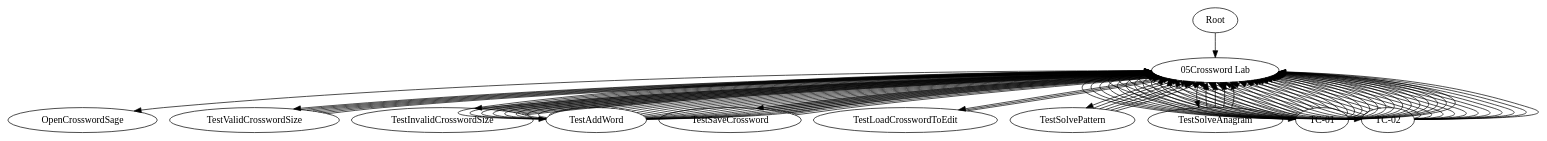
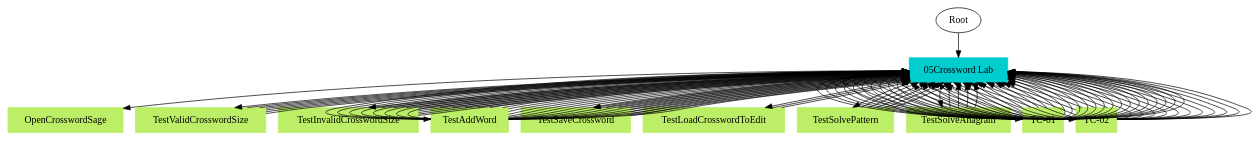
One commit to mypstom/robotide changed the diagram in TS2TC.gv. Above: the diagram before and after it, drawn with Graphviz. The commit also changed 17 other files, not shown here.

```diff
--- a/TS2TC.gv
+++ b/TS2TC.gv
@@ -1,153 +1,153 @@
 // TS <-> TC
 digraph {
 	Root
-	"05Crossword Lab"
+	"05Crossword Lab" [color=cyan3 shape=box style=filled]
 		Root -> "05Crossword Lab"
-	OpenCrosswordSage
+	OpenCrosswordSage [color=darkolivegreen2 shape=box style=filled]
 		"05Crossword Lab" -> OpenCrosswordSage
-	TestValidCrosswordSize
+	TestValidCrosswordSize [color=darkolivegreen2 shape=box style=filled]
 		"05Crossword Lab" -> TestValidCrosswordSize
 		TestValidCrosswordSize -> "05Crossword Lab"
 		TestValidCrosswordSize -> "05Crossword Lab"
 		TestValidCrosswordSize -> "05Crossword Lab"
 		TestValidCrosswordSize -> "05Crossword Lab"
 		TestValidCrosswordSize -> "05Crossword Lab"
 		TestValidCrosswordSize -> "05Crossword Lab"
-	TestInvalidCrosswordSize
+	TestInvalidCrosswordSize [color=darkolivegreen2 shape=box style=filled]
 		"05Crossword Lab" -> TestInvalidCrosswordSize
 		TestInvalidCrosswordSize -> "05Crossword Lab"
 		TestInvalidCrosswordSize -> "05Crossword Lab"
 		TestInvalidCrosswordSize -> "05Crossword Lab"
 		TestInvalidCrosswordSize -> "05Crossword Lab"
 		TestInvalidCrosswordSize -> "05Crossword Lab"
 		TestInvalidCrosswordSize -> "05Crossword Lab"
 		TestInvalidCrosswordSize -> "05Crossword Lab"
 		TestInvalidCrosswordSize -> "05Crossword Lab"
 		TestInvalidCrosswordSize -> "05Crossword Lab"
-	TestAddWord
+	TestAddWord [color=darkolivegreen2 shape=box style=filled]
 		"05Crossword Lab" -> TestAddWord
 		TestAddWord -> "05Crossword Lab"
 		TestAddWord -> "05Crossword Lab"
 		TestAddWord -> "05Crossword Lab"
 		TestAddWord -> "05Crossword Lab"
 		TestAddWord -> "05Crossword Lab"
 		TestAddWord -> "05Crossword Lab"
 		TestAddWord -> "05Crossword Lab"
 		TestAddWord -> "05Crossword Lab"
 		TestAddWord -> "05Crossword Lab"
 		TestAddWord -> "05Crossword Lab"
 		TestAddWord -> "05Crossword Lab"
 		TestAddWord -> "05Crossword Lab"
 		TestAddWord -> "05Crossword Lab"
 		TestAddWord -> "05Crossword Lab"
 		TestAddWord -> "05Crossword Lab"
 		TestAddWord -> "05Crossword Lab"
 		TestAddWord -> "05Crossword Lab"
 		TestAddWord -> "05Crossword Lab"
 		TestAddWord -> "05Crossword Lab"
 		TestAddWord -> "05Crossword Lab"
 		TestAddWord -> "05Crossword Lab"
 		TestAddWord -> "05Crossword Lab"
 		TestAddWord -> "05Crossword Lab"
 		TestAddWord -> "05Crossword Lab"
 		TestAddWord -> "05Crossword Lab"
 		TestAddWord -> "05Crossword Lab"
 		TestAddWord -> "05Crossword Lab"
 		TestAddWord -> "05Crossword Lab"
-	TestSaveCrossword
+	TestSaveCrossword [color=darkolivegreen2 shape=box style=filled]
 		"05Crossword Lab" -> TestSaveCrossword
 		TestSaveCrossword -> "05Crossword Lab"
 		TestSaveCrossword -> "05Crossword Lab"
 		TestSaveCrossword -> "05Crossword Lab"
 		TestSaveCrossword -> "05Crossword Lab"
 		TestSaveCrossword -> "05Crossword Lab"
 		TestSaveCrossword -> "05Crossword Lab"
 		TestSaveCrossword -> "05Crossword Lab"
-	TestLoadCrosswordToEdit
+	TestLoadCrosswordToEdit [color=darkolivegreen2 shape=box style=filled]
 		"05Crossword Lab" -> TestLoadCrosswordToEdit
 		TestLoadCrosswordToEdit -> "05Crossword Lab"
 		TestLoadCrosswordToEdit -> "05Crossword Lab"
-	TestSolvePattern
+	TestSolvePattern [color=darkolivegreen2 shape=box style=filled]
 		"05Crossword Lab" -> TestSolvePattern
 		TestSolvePattern -> "05Crossword Lab"
 		TestSolvePattern -> "05Crossword Lab"
 		TestSolvePattern -> "05Crossword Lab"
 		TestSolvePattern -> "05Crossword Lab"
 		TestSolvePattern -> "05Crossword Lab"
-	TestSolveAnagram
+	TestSolveAnagram [color=darkolivegreen2 shape=box style=filled]
 		"05Crossword Lab" -> TestSolveAnagram
 		TestSolveAnagram -> "05Crossword Lab"
 		TestSolveAnagram -> "05Crossword Lab"
 		TestSolveAnagram -> "05Crossword Lab"
 		TestSolveAnagram -> "05Crossword Lab"
-	"TC-01"
+	"TC-01" [color=darkolivegreen2 shape=box style=filled]
 		"05Crossword Lab" -> "TC-01"
 		"TC-01" -> "05Crossword Lab"
 		"TC-01" -> "05Crossword Lab"
 		"TC-01" -> "05Crossword Lab"
 		"TC-01" -> "05Crossword Lab"
 		"TC-01" -> "05Crossword Lab"
 		"TC-01" -> "05Crossword Lab"
 		"TC-01" -> "05Crossword Lab"
 		"TC-01" -> "05Crossword Lab"
 		"TC-01" -> "05Crossword Lab"
 		"TC-01" -> "05Crossword Lab"
 		"TC-01" -> "05Crossword Lab"
 		"TC-01" -> "05Crossword Lab"
 		"TC-01" -> "05Crossword Lab"
 		"TC-01" -> "05Crossword Lab"
 		"TC-01" -> "05Crossword Lab"
 		"TC-01" -> "05Crossword Lab"
 		"TC-01" -> "05Crossword Lab"
 		"TC-01" -> "05Crossword Lab"
 		"TC-01" -> "05Crossword Lab"
 		"TC-01" -> "05Crossword Lab"
 		"TC-01" -> "05Crossword Lab"
 		"TC-01" -> "05Crossword Lab"
 		"TC-01" -> "05Crossword Lab"
 		"TC-01" -> "05Crossword Lab"
 		"TC-01" -> "05Crossword Lab"
 		"TC-01" -> "05Crossword Lab"
 		"TC-01" -> "05Crossword Lab"
 		"TC-01" -> "05Crossword Lab"
 		"TC-01" -> "05Crossword Lab"
 		"TC-01" -> "05Crossword Lab"
 		"TC-01" -> "05Crossword Lab"
 		"TC-01" -> "05Crossword Lab"
 		"TC-01" -> "05Crossword Lab"
 		"TC-01" -> "05Crossword Lab"
 		"TC-01" -> "05Crossword Lab"
 		"TC-01" -> "05Crossword Lab"
 		"TC-01" -> "05Crossword Lab"
 		"TC-01" -> "05Crossword Lab"
-	"TC-02"
+	"TC-02" [color=darkolivegreen2 shape=box style=filled]
 		"05Crossword Lab" -> "TC-02"
 		"TC-02" -> "05Crossword Lab"
 		"TC-02" -> "05Crossword Lab"
 		"TC-02" -> "05Crossword Lab"
 		"TC-02" -> "05Crossword Lab"
 		"TC-02" -> "05Crossword Lab"
 		"TC-02" -> "05Crossword Lab"
 		"TC-02" -> "05Crossword Lab"
 		"TC-02" -> "05Crossword Lab"
 		"TC-02" -> "05Crossword Lab"
 		"TC-02" -> "05Crossword Lab"
 		"TC-02" -> "05Crossword Lab"
 		"TC-02" -> "05Crossword Lab"
 		"TC-02" -> "05Crossword Lab"
 		"TC-02" -> "05Crossword Lab"
 		"TC-02" -> "05Crossword Lab"
 		"TC-02" -> "05Crossword Lab"
 		"TC-02" -> "05Crossword Lab"
 		"TC-02" -> "05Crossword Lab"
 		"TC-02" -> "05Crossword Lab"
 		"TC-02" -> "05Crossword Lab"
 		"TC-02" -> "05Crossword Lab"
 		"TC-02" -> "05Crossword Lab"
 		"TC-02" -> "05Crossword Lab"
 		"TC-02" -> "05Crossword Lab"
 		"TC-02" -> "05Crossword Lab"
 		"TC-02" -> "05Crossword Lab"
 		"TC-02" -> "05Crossword Lab"
 		"TC-02" -> "05Crossword Lab"
 }
```
